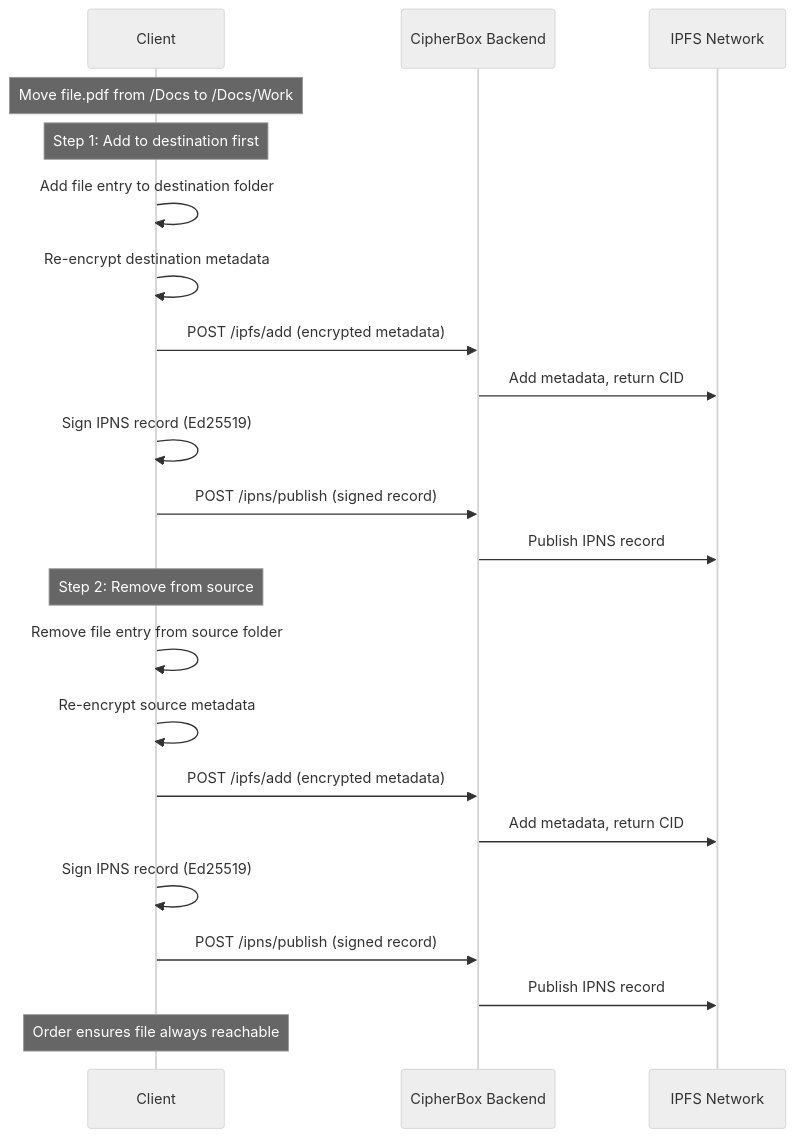
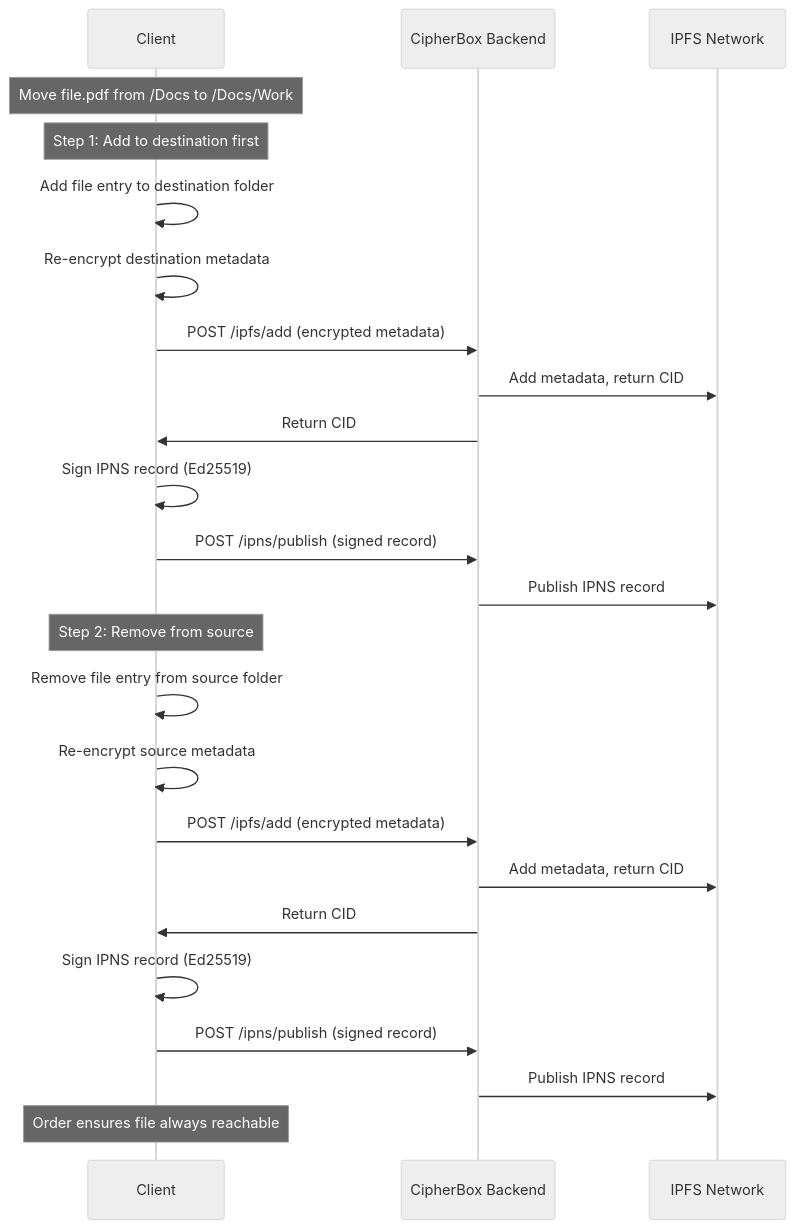
Diagram 11 of 14 in Documentation/DATA_FLOWS.md (FSM1/cipher-box), drawn with Mermaid (neutral theme) before and after one commit. The commit also changed other lines of this file and 1 other file, not shown here.

First line of the commit message:
Add missing return arrows in IPFS/IPNS sequence diagrams

````diff
--- a/Documentation/DATA_FLOWS.md
+++ b/Documentation/DATA_FLOWS.md
@@ -430,28 +434,30 @@
 ```mermaid
 sequenceDiagram
     participant C as Client
   participant B as CipherBox Backend
   participant IPFS as IPFS Network
     
     Note over C: Move file.pdf from /Docs to /Docs/Work
     
     Note over C: Step 1: Add to destination first
     C->>C: Add file entry to destination folder
     C->>C: Re-encrypt destination metadata
     C->>B: POST /ipfs/add (encrypted metadata)
     B->>IPFS: Add metadata, return CID
+    B->>C: Return CID
     C->>C: Sign IPNS record (Ed25519)
     C->>B: POST /ipns/publish (signed record)
     B->>IPFS: Publish IPNS record
     
     Note over C: Step 2: Remove from source
     C->>C: Remove file entry from source folder
     C->>C: Re-encrypt source metadata
     C->>B: POST /ipfs/add (encrypted metadata)
     B->>IPFS: Add metadata, return CID
+    B->>C: Return CID
     C->>C: Sign IPNS record (Ed25519)
     C->>B: POST /ipns/publish (signed record)
     B->>IPFS: Publish IPNS record
     
     Note over C: Order ensures file always reachable
 ```
````
